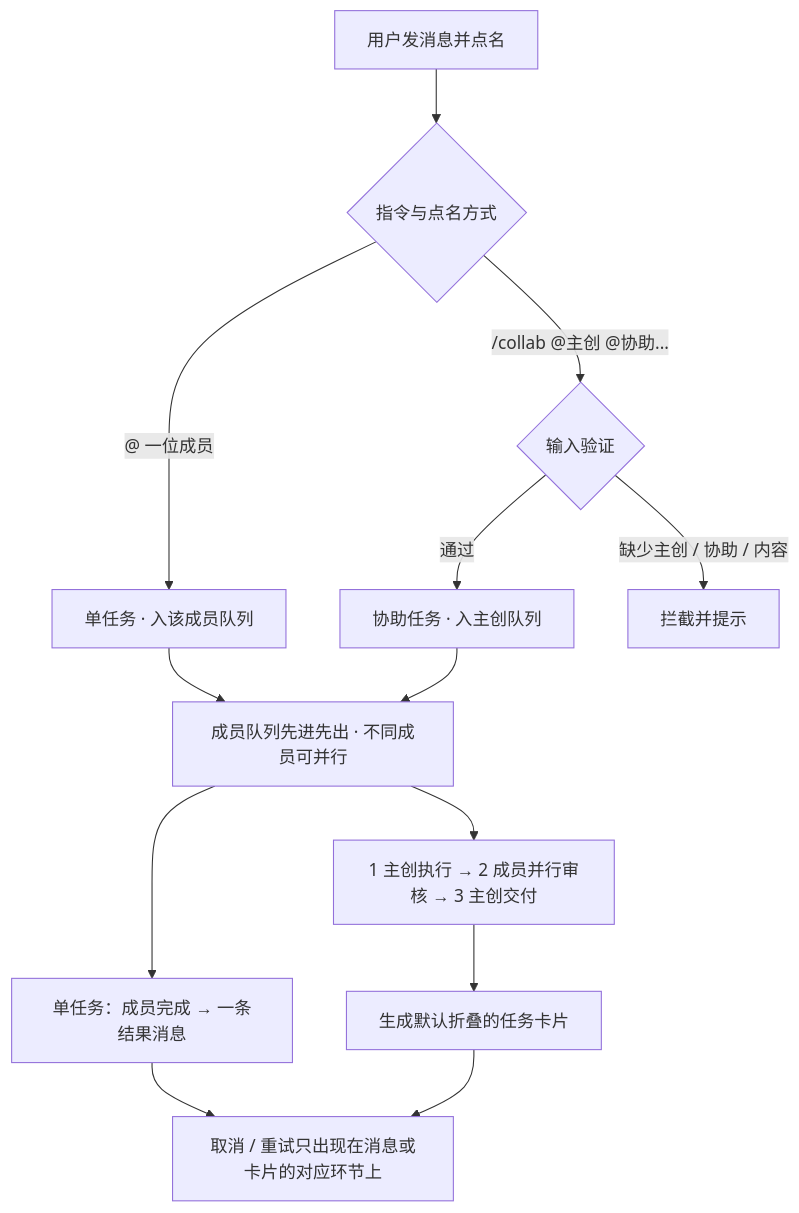
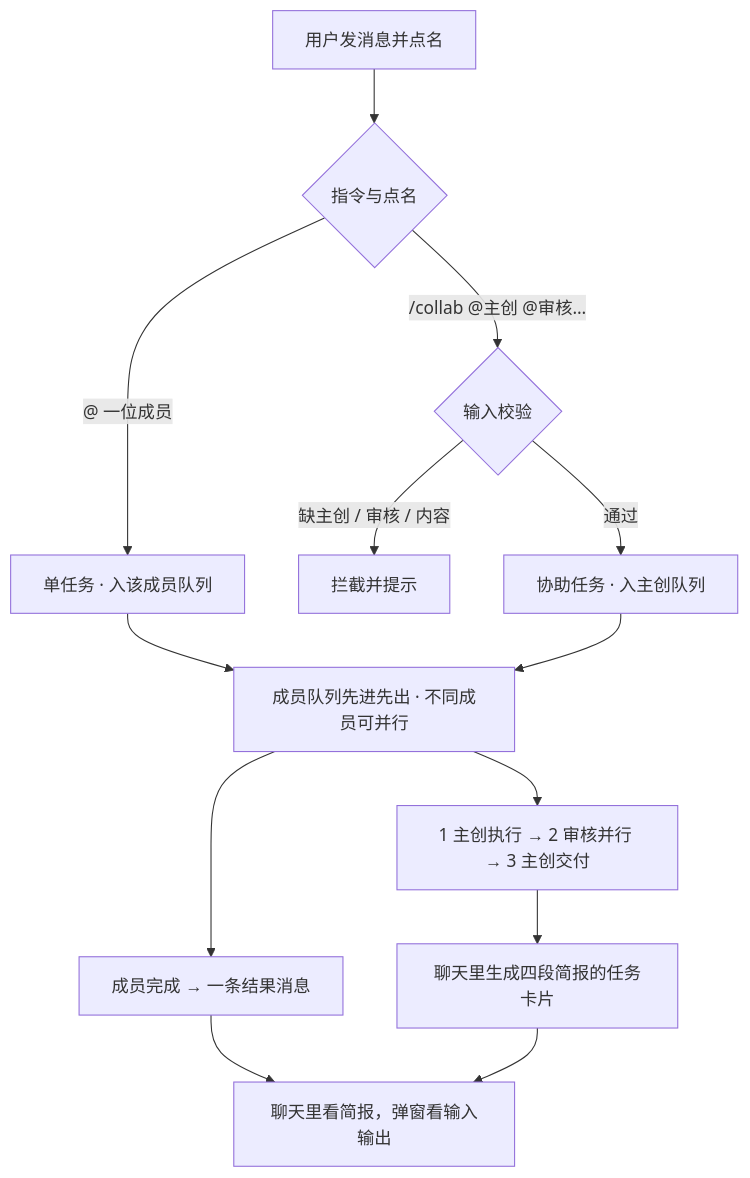
The diagram in README_zh.md (BinaryAlan/ai-atelier), drawn with Mermaid before and after one commit. The commit also changed other lines of this file and 21 other files, not shown here.

First line of the commit message:
feat: 任务卡片与交互收尾、文件预览、README/演示动图重制

````diff
--- a/README_zh.md
+++ b/README_zh.md
@@ -67,15 +113,15 @@
 ```mermaid
 flowchart TD
-    U["用户发消息并点名"] --> T{"指令与点名方式"}
+    U["用户发消息并点名"] --> T{指令与点名}
     T -->|"@ 一位成员"| S["单任务 · 入该成员队列"]
-    T -->|"/collab @主创 @协助..."| C{"输入验证"}
-    C -->|"通过"| CQ["协助任务 · 入主创队列"]
-    C -->|"缺少主创 / 协助 / 内容"| CE["拦截并提示"]
+    T -->|"/collab @主创 @审核…"| C{输入校验}
+    C -->|缺主创 / 审核 / 内容| CE["拦截并提示"]
+    C -->|通过| CQ["协助任务 · 入主创队列"]
     S --> Q["成员队列先进先出 · 不同成员可并行"]
     CQ --> Q
-    Q --> S1["单任务：成员完成 → 一条结果消息"]
-    Q --> C1["1 主创执行 → 2 成员并行审核 → 3 主创交付"]
-    C1 --> K["生成默认折叠的任务卡片"]
-    S1 --> M["取消 / 重试只出现在消息或卡片的对应环节上"]
-    K --> M
+    Q --> S1["成员完成 → 一条结果消息"]
+    Q --> C1["1 主创执行 → 2 审核并行 → 3 主创交付"]
+    S1 --> V["聊天里看简报，弹窗看输入输出"]
+    C1 --> K["聊天里生成四段简报的任务卡片"]
+    K --> V
 ```
````
